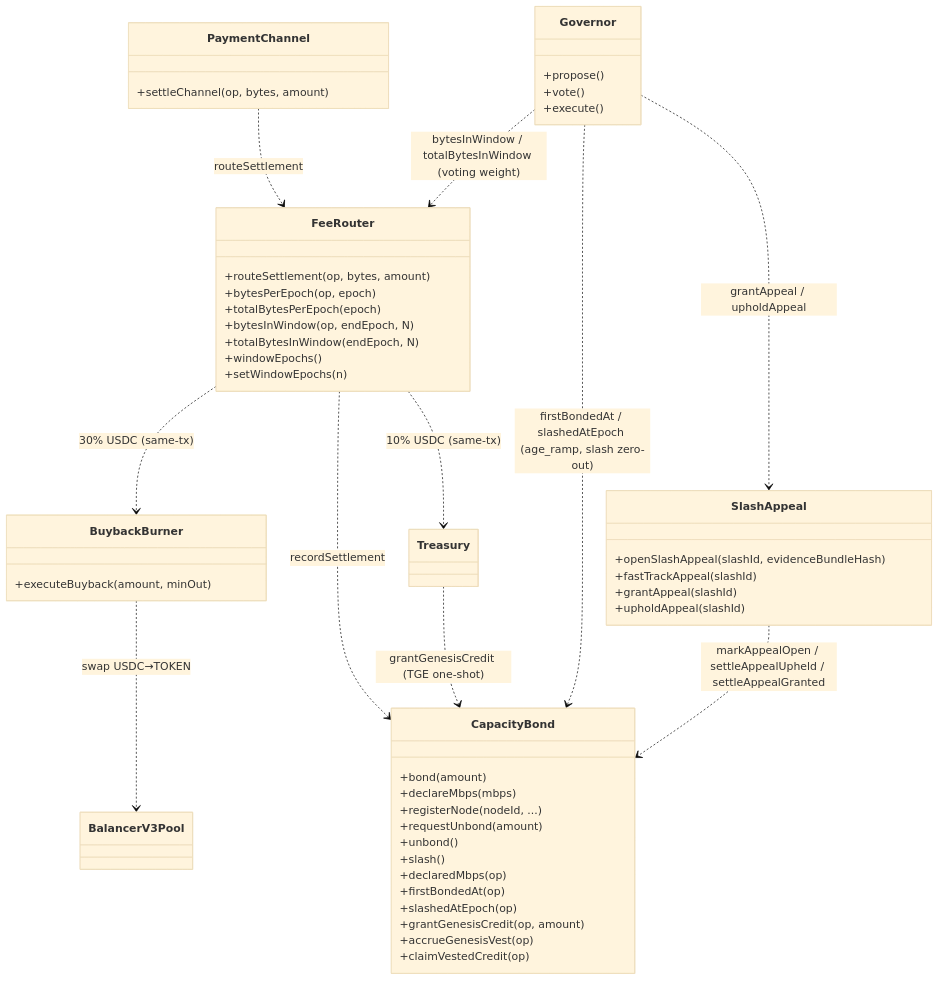
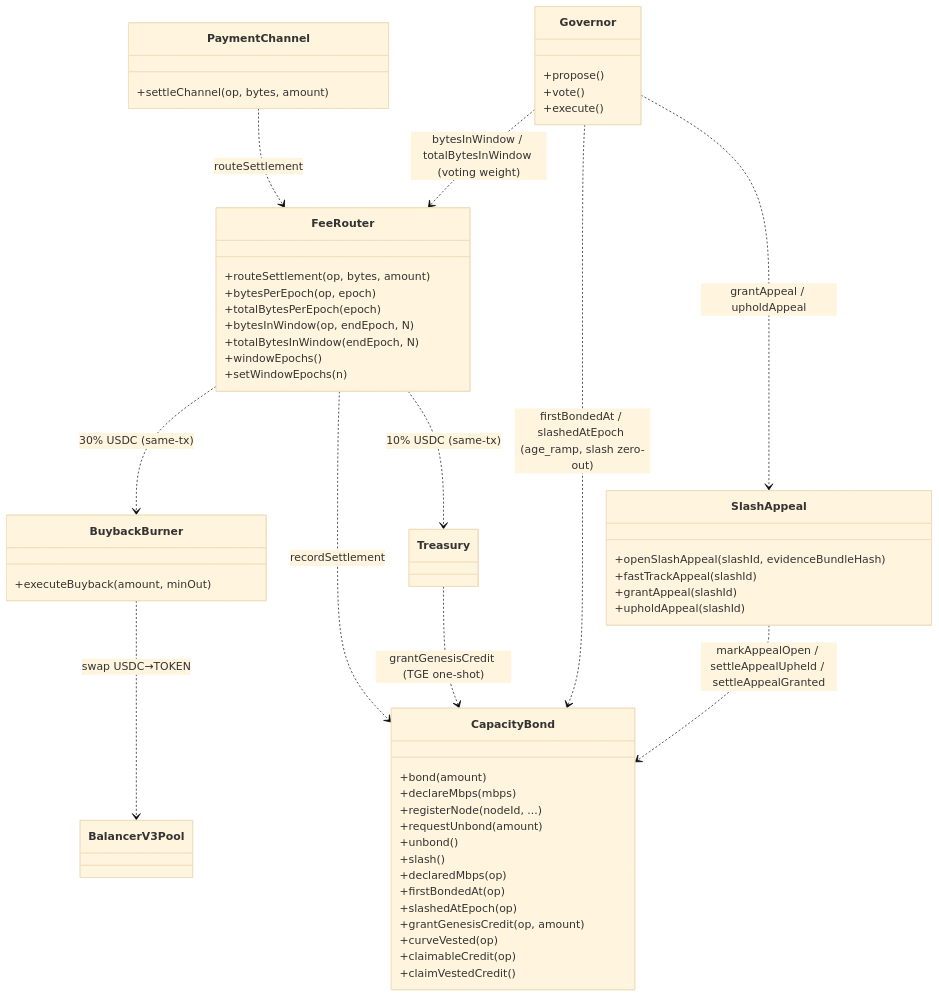
One commit to decdn/decdn changed the first of 5 diagrams in adr/016-contract-interactions.md. Above: the diagram before and after it, drawn with Mermaid (base theme). The commit also changed other lines of this file, not shown here.

First line of the commit message:
docs(adr): align ADR 016 CapacityBond genesis-credit surface with shipped contract (#771) (#787)

````diff
--- a/adr/016-contract-interactions.md
+++ b/adr/016-contract-interactions.md
@@ -39,56 +39,57 @@
 ```mermaid
 classDiagram
     class PaymentChannel {
         +settleChannel(op, bytes, amount)
     }
     class FeeRouter {
         +routeSettlement(op, bytes, amount)
         +bytesPerEpoch(op, epoch)
         +totalBytesPerEpoch(epoch)
         +bytesInWindow(op, endEpoch, N)
         +totalBytesInWindow(endEpoch, N)
         +windowEpochs()
         +setWindowEpochs(n)
     }
     class CapacityBond {
         +bond(amount)
         +declareMbps(mbps)
         +registerNode(nodeId, ...)
         +requestUnbond(amount)
         +unbond()
         +slash()
         +declaredMbps(op)
         +firstBondedAt(op)
         +slashedAtEpoch(op)
         +grantGenesisCredit(op, amount)
-        +accrueGenesisVest(op)
-        +claimVestedCredit(op)
+        +curveVested(op)
+        +claimableCredit(op)
+        +claimVestedCredit()
     }
     class BuybackBurner {
         +executeBuyback(amount, minOut)
     }
     class SlashAppeal {
         +openSlashAppeal(slashId, evidenceBundleHash)
         +fastTrackAppeal(slashId)
         +grantAppeal(slashId)
         +upholdAppeal(slashId)
     }
     class Governor {
         +propose()
         +vote()
         +execute()
     }
     class Treasury
     class BalancerV3Pool
 
     PaymentChannel ..> FeeRouter : routeSettlement
     FeeRouter ..> BuybackBurner : 30% USDC (same-tx)
     FeeRouter ..> Treasury : 10% USDC (same-tx)
     FeeRouter ..> CapacityBond : recordSettlement
     BuybackBurner ..> BalancerV3Pool : swap USDC→TOKEN
     Treasury ..> CapacityBond : grantGenesisCredit (TGE one-shot)
     Governor ..> FeeRouter : bytesInWindow / totalBytesInWindow (voting weight)
     Governor ..> CapacityBond : firstBondedAt / slashedAtEpoch (age_ramp, slash zero-out)
     SlashAppeal ..> CapacityBond : markAppealOpen / settleAppealUpheld / settleAppealGranted
     Governor ..> SlashAppeal : grantAppeal / upholdAppeal
 ```
````
